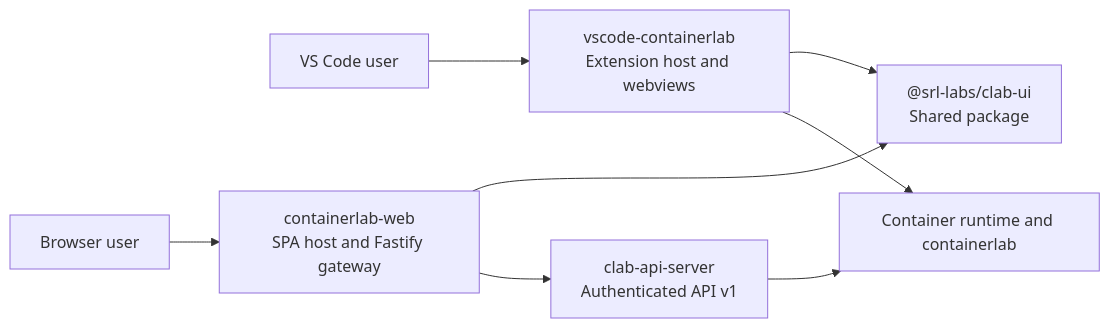
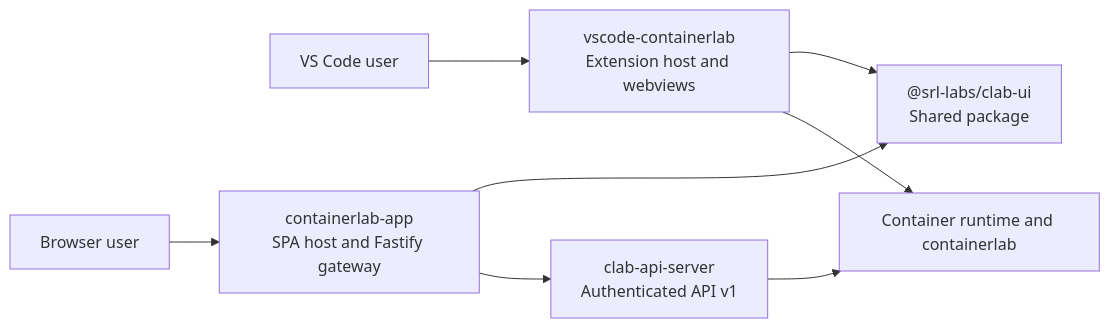
Before and after one commit to Muddyblack/clab-ui: the diagram in docs/index.md, drawn with Mermaid. The commit also changed other lines of this file and 15 other files, not shown here.

````diff
--- a/docs/index.md
+++ b/docs/index.md
@@ -48,18 +48,18 @@
 ```mermaid
 flowchart LR
     U1["Browser user"]
     U2["VS Code user"]
-    WEB["containerlab-web\nSPA host and Fastify gateway"]
+    WEB["containerlab-app\nSPA host and Fastify gateway"]
     VSC["vscode-containerlab\nExtension host and webviews"]
     UI["@srl-labs/clab-ui\nShared package"]
     API["clab-api-server\nAuthenticated API v1"]
     RT["Container runtime and containerlab"]
 
     U1 --> WEB
     U2 --> VSC
     WEB --> UI
     VSC --> UI
     WEB --> API
     API --> RT
     VSC --> RT
 ```
````
